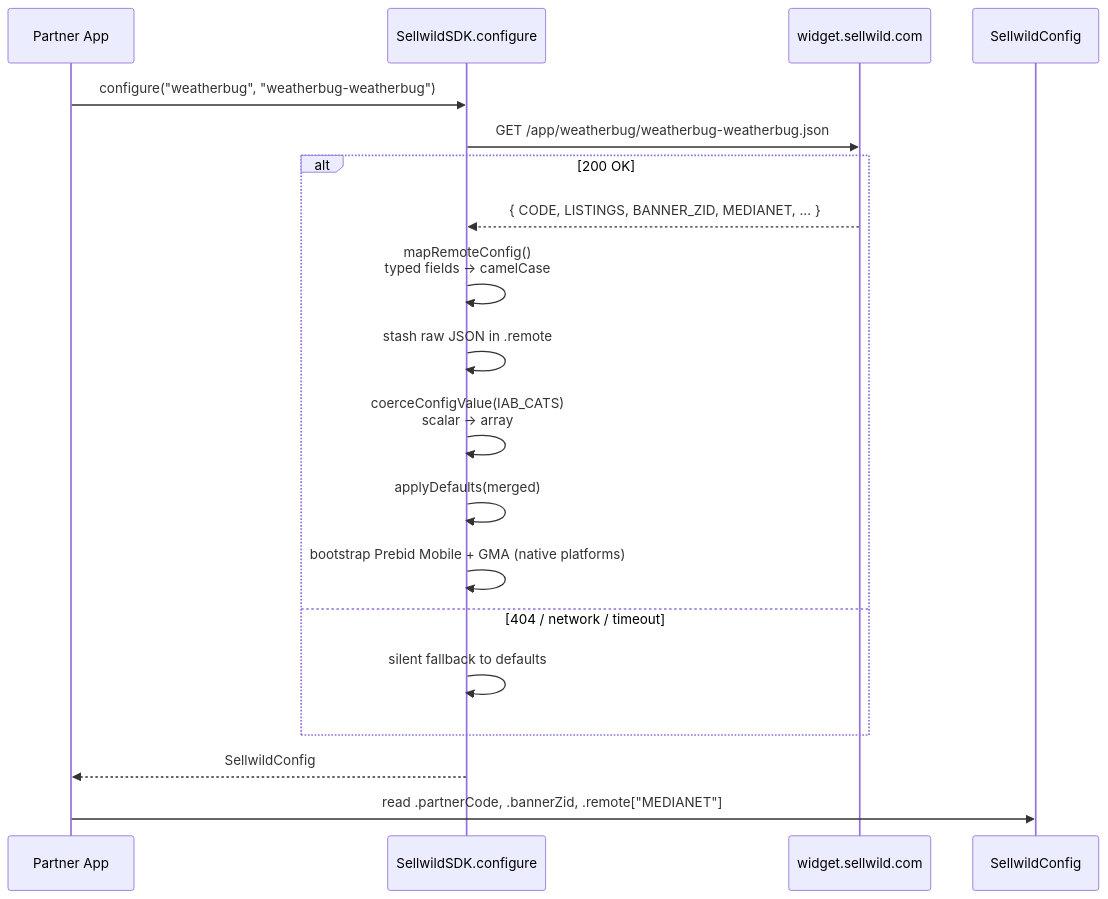
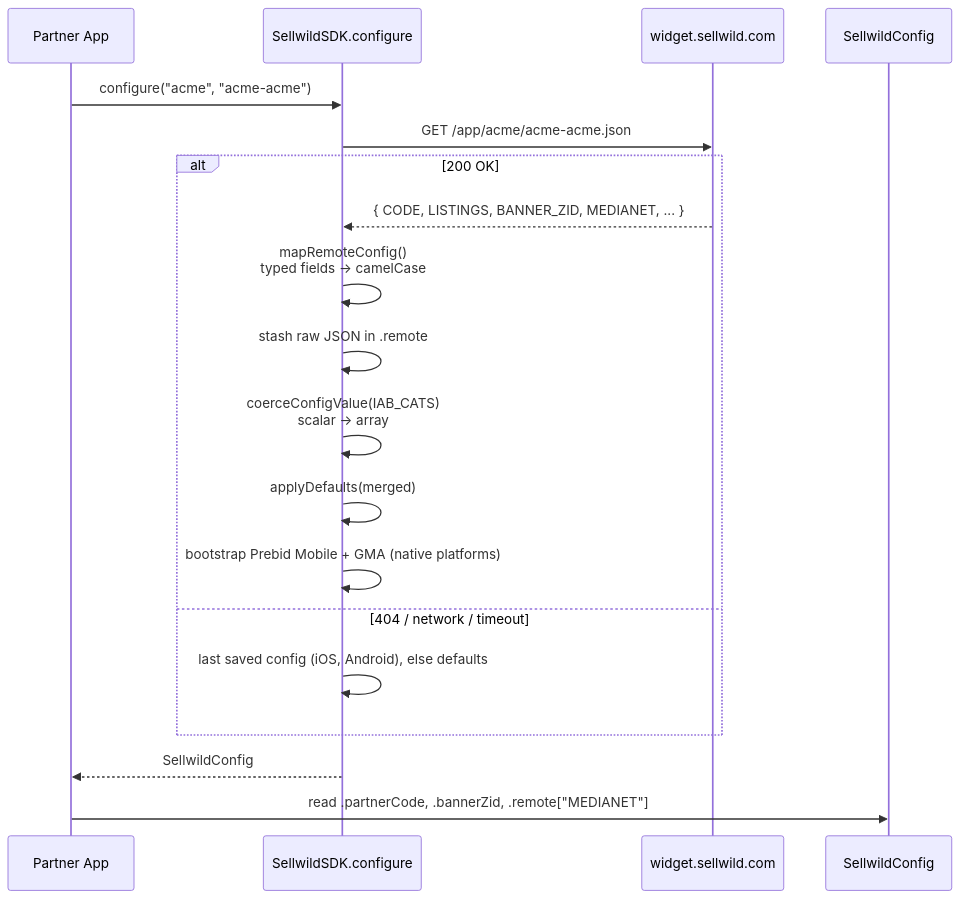
The second of 6 diagrams in ARCHITECTURE.md (Antengo/sellwild-sdk), drawn with Mermaid before and after one commit. The commit also changed other lines of this file and 9 other files, not shown here.

First line of the commit message:
docs: SKAdNetwork setup, saved-config fallback, prebidOnly default, placeholders

````diff
--- a/ARCHITECTURE.md
+++ b/ARCHITECTURE.md
@@ -71,22 +71,22 @@
 ```mermaid
 sequenceDiagram
     participant App as Partner App
     participant SDK as SellwildSDK.configure
     participant CDN as widget.sellwild.com
     participant Config as SellwildConfig
 
-    App->>SDK: configure("weatherbug", "weatherbug-weatherbug")
-    SDK->>CDN: GET /app/weatherbug/weatherbug-weatherbug.json
+    App->>SDK: configure("acme", "acme-acme")
+    SDK->>CDN: GET /app/acme/acme-acme.json
     alt 200 OK
         CDN-->>SDK: { CODE, LISTINGS, BANNER_ZID, MEDIANET, ... }
         SDK->>SDK: mapRemoteConfig()<br/>typed fields → camelCase
         SDK->>SDK: stash raw JSON in .remote
         SDK->>SDK: coerceConfigValue(IAB_CATS)<br/>scalar → array
         SDK->>SDK: applyDefaults(merged)
         SDK->>SDK: bootstrap Prebid Mobile + GMA (native platforms)
     else 404 / network / timeout
-        SDK->>SDK: silent fallback to defaults
+        SDK->>SDK: last saved config (iOS, Android), else defaults
     end
     SDK-->>App: SellwildConfig
     App->>Config: read .partnerCode, .bannerZid, .remote["MEDIANET"]
 ```
````
